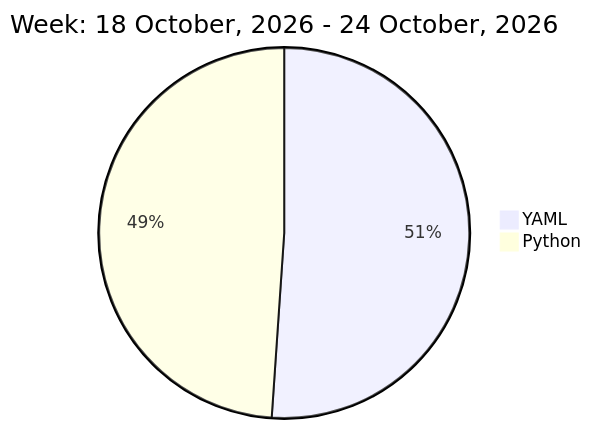
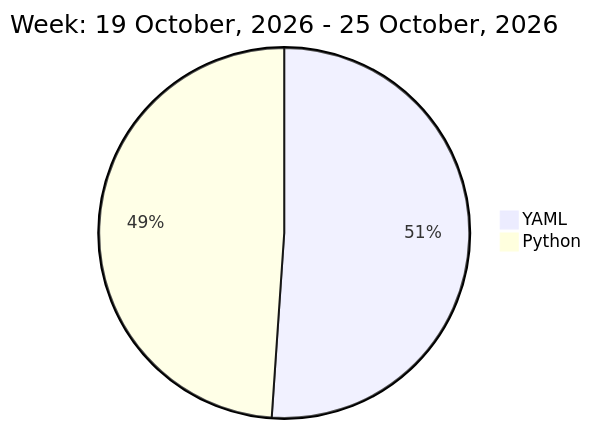
One commit to liubin95/liubin95 changed the diagram in README.md. Above: the diagram before and after it, drawn with Mermaid.

Commit message:
Updated the Graph with new Metrics

````diff
--- a/README.md
+++ b/README.md
@@ -32,6 +32,6 @@
 ```mermaid
  pie
-title Week: 18 October, 2026 - 24 October, 2026
+title Week: 19 October, 2026 - 25 October, 2026
  "YAML" : 2.37
  "Python" : 2.27
 ```
````
